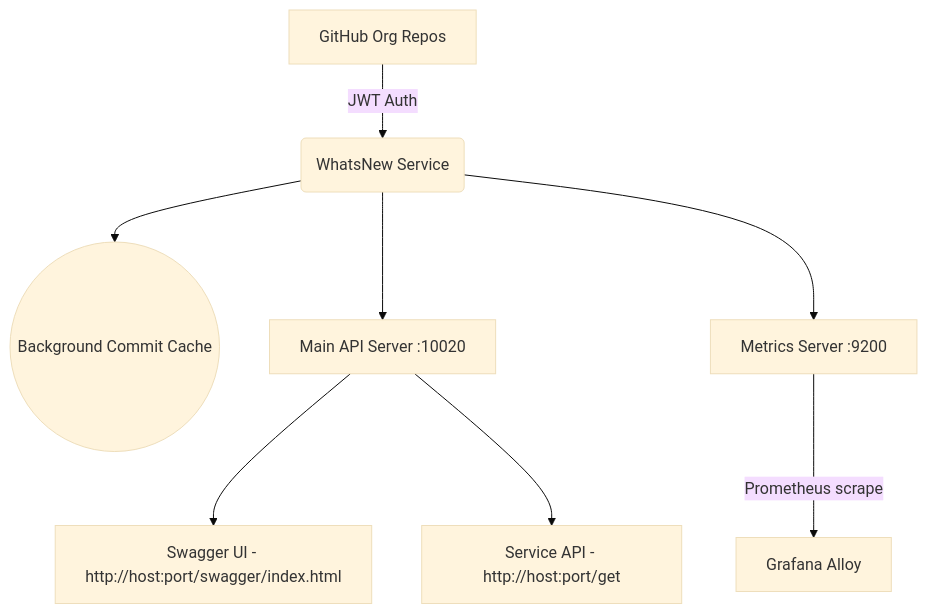
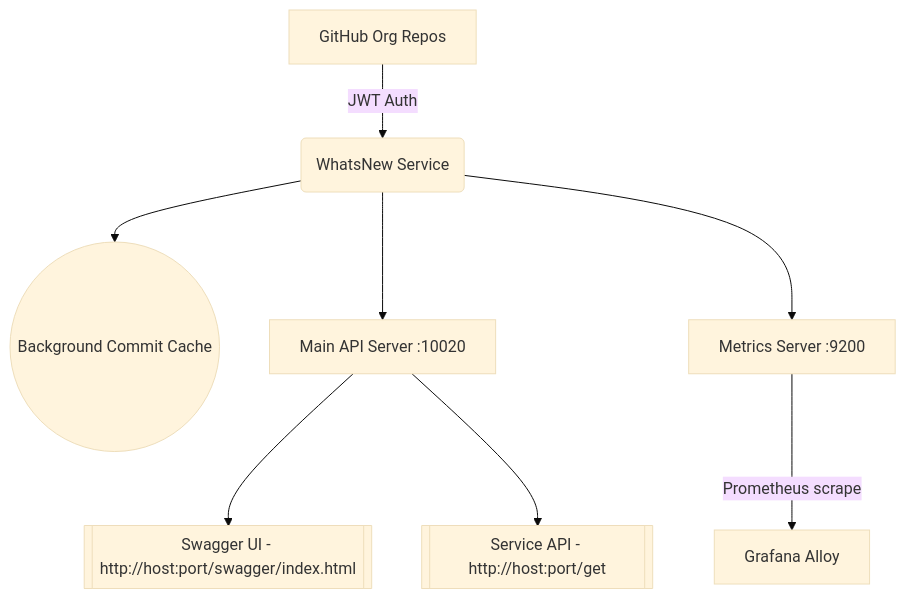
One commit to dasmlab/whatsnew-service changed the first of 2 diagrams in README.md. Above: the diagram before and after it, drawn with Mermaid (base theme). The commit also changed other lines of this file, not shown here.

````diff
--- a/README.md
+++ b/README.md
@@ -7,10 +7,10 @@
 ```mermaid
 graph TD
   A[GitHub Org Repos] -->|JWT Auth| B(WhatsNew Service)
   B --> C((Background Commit Cache))
   B --> D[Main API Server :10020]
   B --> E[Metrics Server :9200]
-  D --> F[Swagger UI - http://host:port/swagger/index.html]
-  D --> G[Service API - http://host:port/get]
+  D --> F[[Swagger UI - http://host:port/swagger/index.html]]
+  D --> G[[Service API - http://host:port/get]]
   E -->|Prometheus scrape| H[Grafana Alloy]
 ```
````
